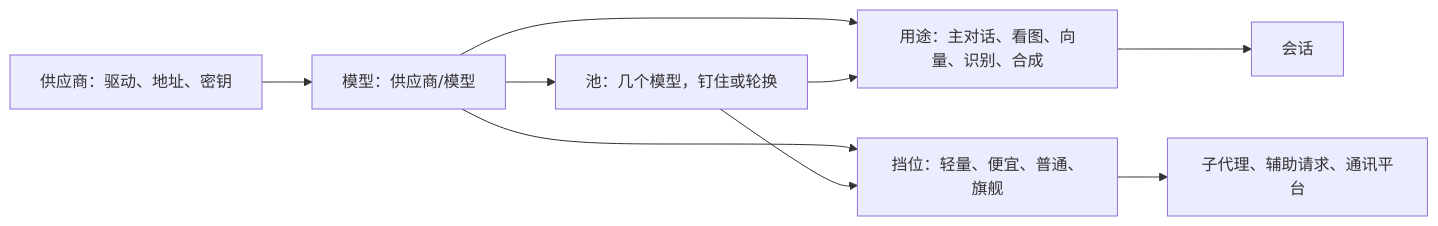
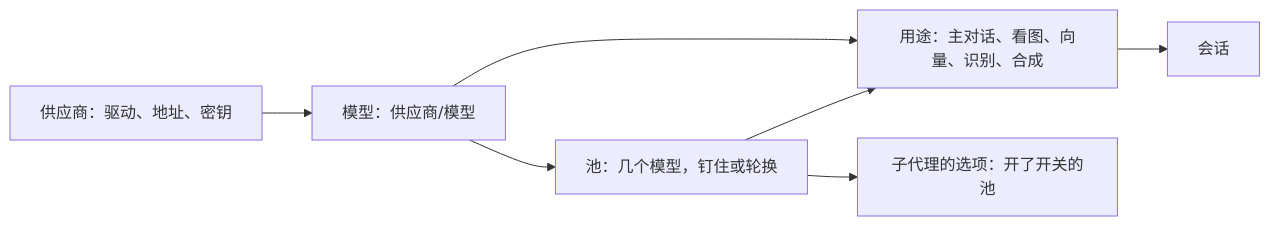
One commit to SHORiN-KiWATA/miyu-agent-remake changed the first of 2 diagrams in docs/designs/15-模型与供应商.md. Above: the diagram before and after it, drawn with Mermaid. The commit also changed other lines of this file and 80 other files, not shown here.

````diff
--- a/docs/designs/15-模型与供应商.md
+++ b/docs/designs/15-模型与供应商.md
@@ -16,11 +17,9 @@
 ```mermaid
 flowchart LR
     prov["供应商：驱动、地址、密钥"] --> model["模型：供应商/模型"]
     model --> pool["池：几个模型，钉住或轮换"]
     model --> use["用途：主对话、看图、向量、识别、合成"]
     pool --> use
-    model --> tier["挡位：轻量、便宜、普通、旗舰"]
-    pool --> tier
+    pool --> sub["子代理的选项：开了开关的池"]
     use --> sess["会话"]
-    tier --> sub["子代理、辅助请求、通讯平台"]
 ```
````
